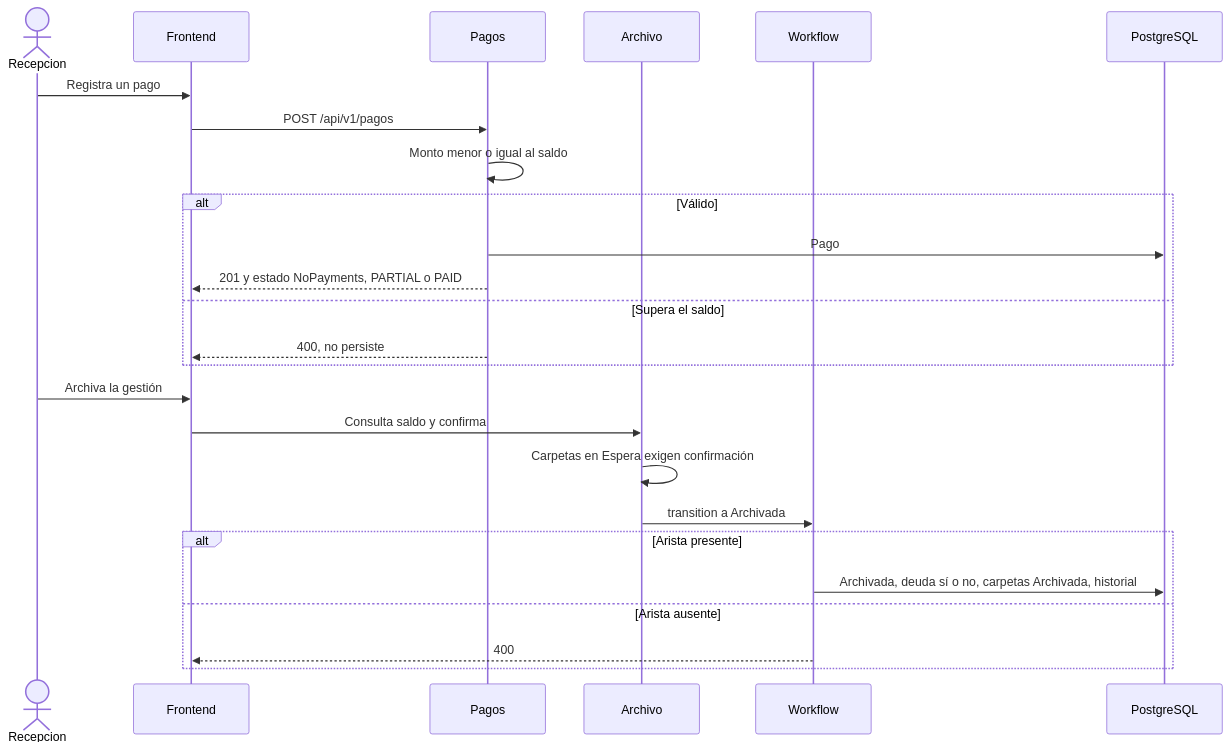
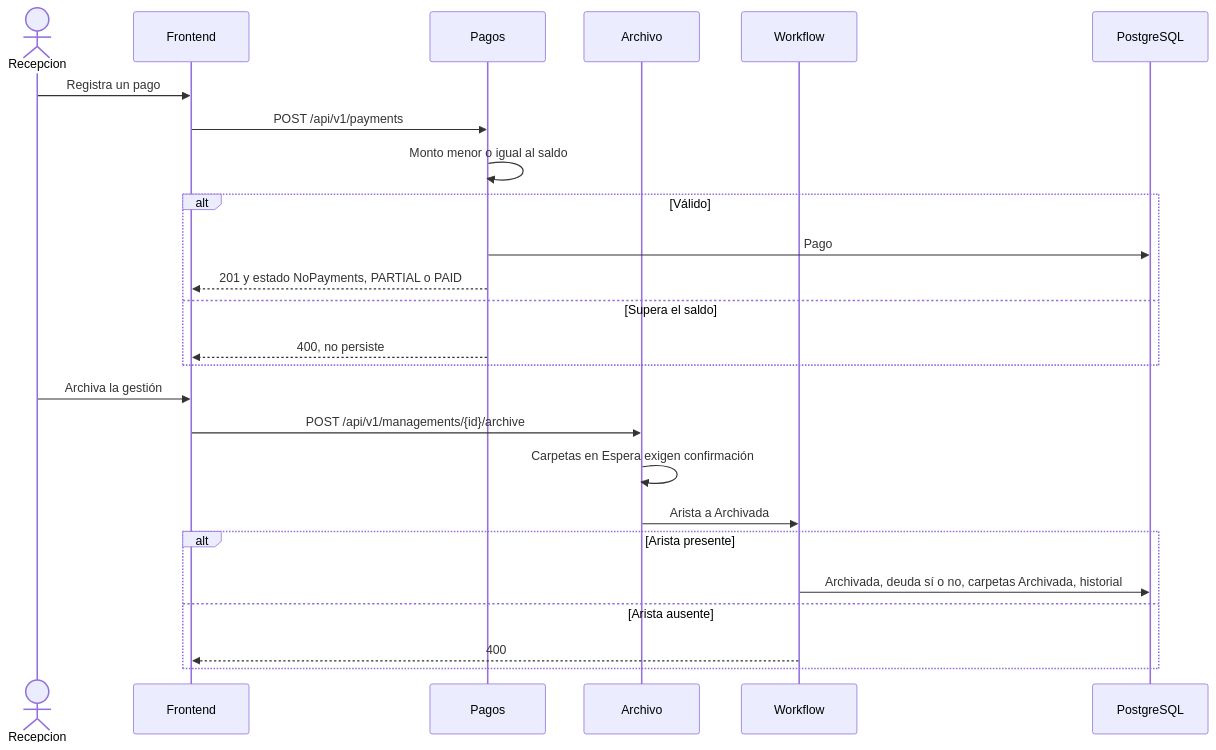
Diagram 12 of 16 in docs/200-architecture/203-design/CICLO-DE-VIDA.md (matiaspakua/notaire), drawn with Mermaid before and after one commit. The commit also changed other lines of this file and 15 other files, not shown here.

````diff
--- a/docs/200-architecture/203-design/CICLO-DE-VIDA.md
+++ b/docs/200-architecture/203-design/CICLO-DE-VIDA.md
@@ -387,29 +389,29 @@
 ```mermaid
 sequenceDiagram
   actor Recepcion
   participant FE as Frontend
   participant Pay as Pagos
   participant Arc as Archivo
   participant WF as Workflow
   participant DB as PostgreSQL
 
   Recepcion->>FE: Registra un pago
-  FE->>Pay: POST /api/v1/pagos
+  FE->>Pay: POST /api/v1/payments
   Pay->>Pay: Monto menor o igual al saldo
   alt Válido
     Pay->>DB: Pago
     Pay-->>FE: 201 y estado NoPayments, PARTIAL o PAID
   else Supera el saldo
     Pay-->>FE: 400, no persiste
   end
 
   Recepcion->>FE: Archiva la gestión
-  FE->>Arc: Consulta saldo y confirma
+  FE->>Arc: POST /api/v1/managements/{id}/archive
   Arc->>Arc: Carpetas en Espera exigen confirmación
-  Arc->>WF: transition a Archivada
+  Arc->>WF: Arista a Archivada
   alt Arista presente
     WF->>DB: Archivada, deuda sí o no, carpetas Archivada, historial
   else Arista ausente
     WF-->>FE: 400
   end
 ```
````
